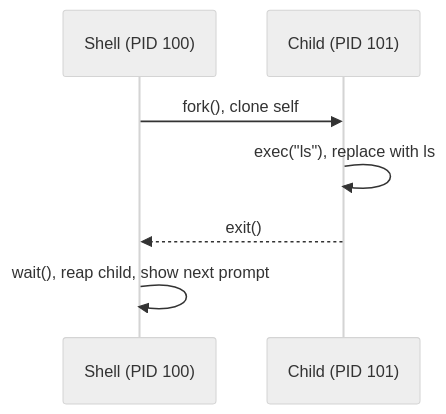
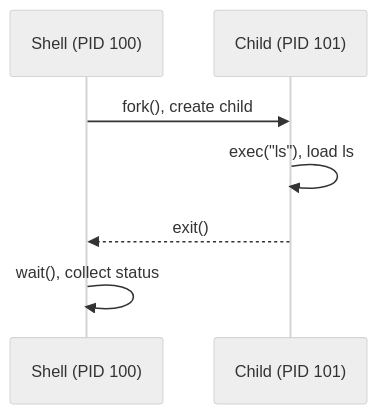
Before and after one commit to lilhammerfun/hands-on-os: the diagram in course/process/01-lifecycle.md, drawn with Mermaid (neutral theme). The commit also changed other lines of this file and 44 other files, not shown here.

````diff
--- a/course/process/01-lifecycle.md
+++ b/course/process/01-lifecycle.md
@@ -18,10 +16,10 @@
 ```mermaid
 sequenceDiagram
     participant Shell as Shell (PID 100)
     participant Child as Child (PID 101)
 
-    Shell->>Child: fork(), clone self
-    Child->>Child: exec("ls"), replace with ls
+    Shell->>Child: fork(), create child
+    Child->>Child: exec("ls"), load ls
     Child-->>Shell: exit()
-    Shell->>Shell: wait(), reap child, show next prompt
+    Shell->>Shell: wait(), collect status
 ```
````
